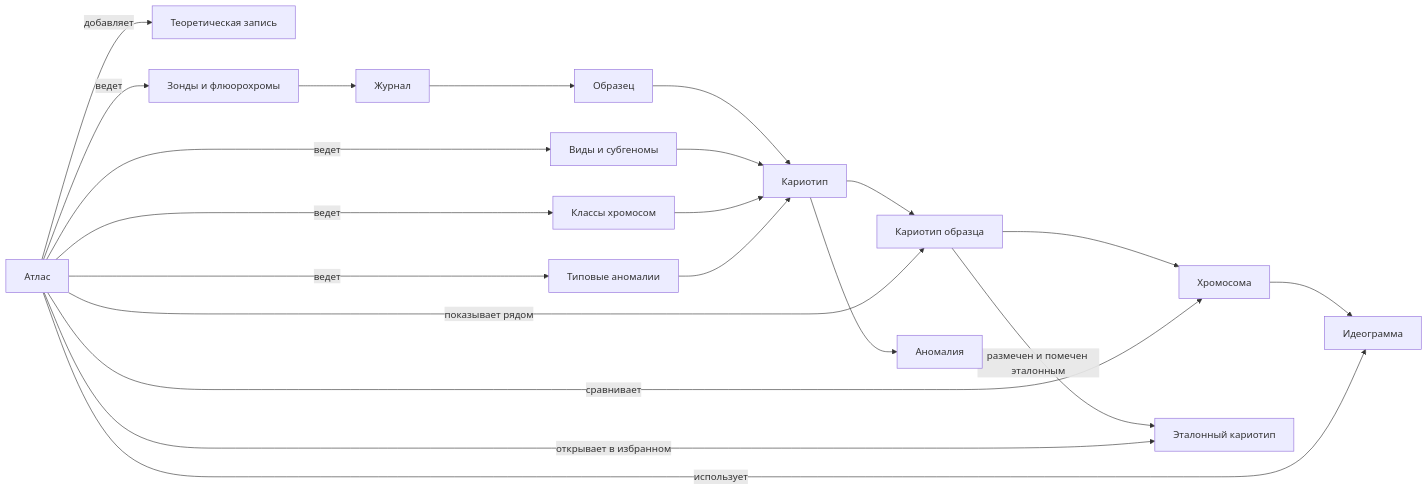
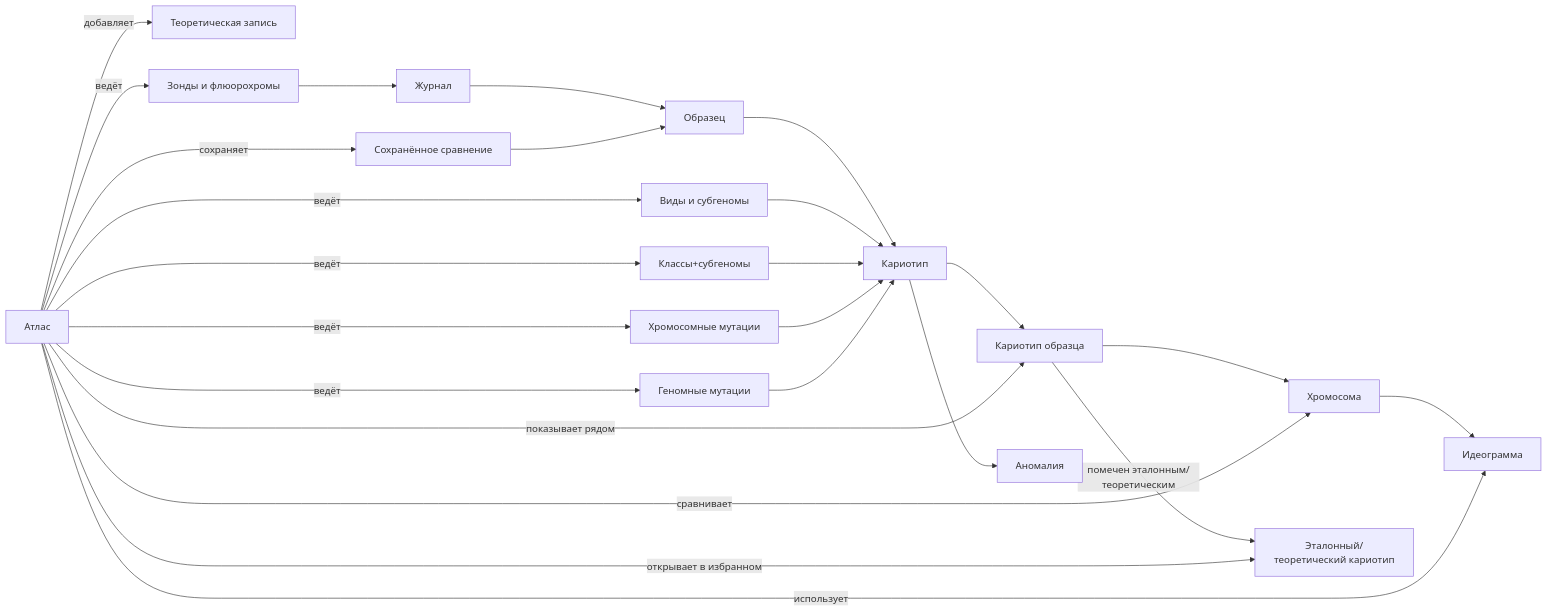
Before and after one commit to Sycheslav/karyolab: the diagram in docs/атлас/README.md, drawn with Mermaid. The commit also changed other lines of this file and 174 other files, not shown here.

Commit message:
Remove unused canvas file, update graph scaling in configuration, and enhance documentation on karyotype and anomaly classifications. Introduce saved comparison feature for better data management and improve event handling in the workflow.

````diff
--- a/docs/атлас/README.md
+++ b/docs/атлас/README.md
@@ -25,45 +25,51 @@
 ```mermaid
 flowchart LR
     Journal["Журнал"]
     Karyotype["Кариотип"]
     Atlas["Атлас"]
 
     Sample["Образец"]
     SampleKaryotype["Кариотип образца"]
     Chromosome["Хромосома"]
     Ideogram["Идеограмма"]
     Anomaly["Аномалия"]
 
-    Reference["Эталонный кариотип"]
+    Reference["Эталонный/теоретический кариотип"]
     Theoretical["Теоретическая запись"]
+    Comparison["Сохранённое сравнение"]
 
     SpeciesDict["Виды и субгеномы"]
     ProbeDict["Зонды и флюорохромы"]
-    ClassDict["Классы хромосом"]
-    AnomalyDict["Типовые аномалии"]
+    ClassDict["Классы+субгеномы"]
+    ChromAnomalyDict["Хромосомные мутации"]
+    GenomeAnomalyDict["Геномные мутации"]
 
     Journal --> Sample
     Sample --> Karyotype
     Karyotype --> SampleKaryotype
     SampleKaryotype --> Chromosome
     Chromosome --> Ideogram
     Karyotype --> Anomaly
 
-    SampleKaryotype -->|"размечен и помечен эталонным"| Reference
+    SampleKaryotype -->|"помечен эталонным/теоретическим"| Reference
 
     Atlas -->|"сравнивает"| Chromosome
     Atlas -->|"использует"| Ideogram
     Atlas -->|"показывает рядом"| SampleKaryotype
     Atlas -->|"открывает в избранном"| Reference
     Atlas -->|"добавляет"| Theoretical
+    Atlas -->|"сохраняет"| Comparison
+    Comparison --> Sample
 
-    Atlas -->|"ведет"| SpeciesDict
-    Atlas -->|"ведет"| ProbeDict
-    Atlas -->|"ведет"| ClassDict
-    Atlas -->|"ведет"| AnomalyDict
+    Atlas -->|"ведёт"| SpeciesDict
+    Atlas -->|"ведёт"| ProbeDict
+    Atlas -->|"ведёт"| ClassDict
+    Atlas -->|"ведёт"| ChromAnomalyDict
+    Atlas -->|"ведёт"| GenomeAnomalyDict
 
     SpeciesDict --> Karyotype
     ProbeDict --> Journal
     ClassDict --> Karyotype
-    AnomalyDict --> Karyotype
+    ChromAnomalyDict --> Karyotype
+    GenomeAnomalyDict --> Karyotype
 ```
````
